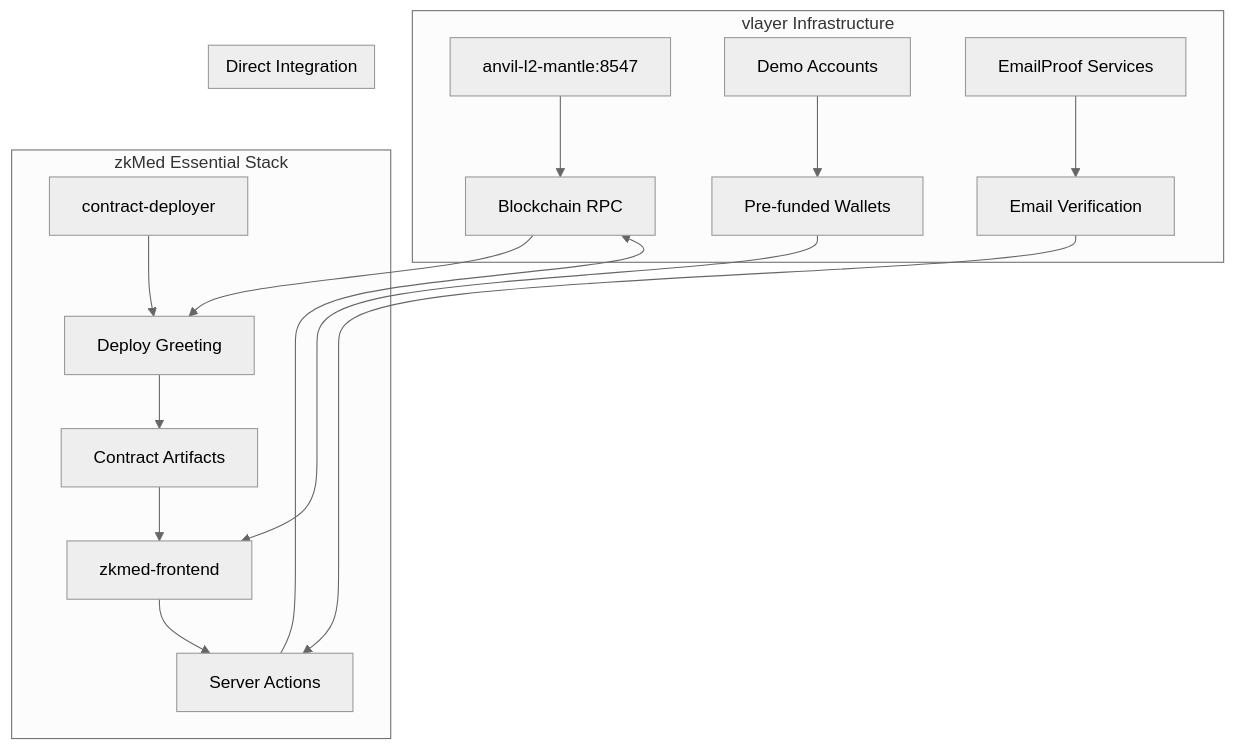
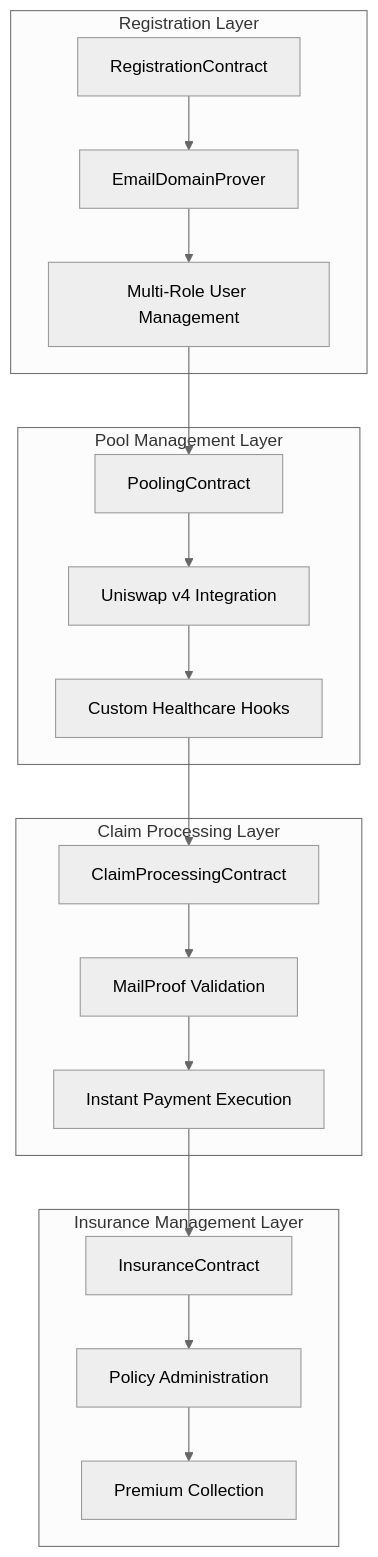
One commit to ppezzull/zkMed changed diagram 16 of 18 in memory-bank/systemPatterns.md. Above: the diagram before and after it, drawn with Mermaid (neutral theme). The commit also changed other lines of this file and 5 other files, not shown here.

````diff
--- a/memory-bank/systemPatterns.md
+++ b/memory-bank/systemPatterns.md
@@ -294,22 +601,25 @@
 ```mermaid
 graph TB
-    subgraph "vlayer Infrastructure"
-        A[anvil-l2-mantle:8547] --> B[Blockchain RPC]
-        C[Demo Accounts] --> D[Pre-funded Wallets]
-        E[EmailProof Services] --> F[Email Verification]
+    subgraph "Registration Layer"
+        A[RegistrationContract] --> B[EmailDomainProver]
+        B --> C[Multi-Role User Management]
     end
     
-    subgraph "zkMed Essential Stack"
-        G[contract-deployer] --> H[Deploy Greeting]
-        H --> I[Contract Artifacts]
-        I --> J[zkmed-frontend]
-        J --> K[Server Actions]
+    subgraph "Pool Management Layer"
+        C --> D[PoolingContract]
+        D --> E[Uniswap v4 Integration]
+        E --> F[Custom Healthcare Hooks]
     end
     
-    subgraph "Direct Integration"
-        B --> H
-        D --> J
-        F --> K
-        K --> B
+    subgraph "Claim Processing Layer"
+        F --> G[ClaimProcessingContract]
+        G --> H[MailProof Validation]
+        H --> I[Instant Payment Execution]
+    end
+    
+    subgraph "Insurance Management Layer"
+        I --> J[InsuranceContract]
+        J --> K[Policy Administration]
+        K --> L[Premium Collection]
     end
 ```
````
